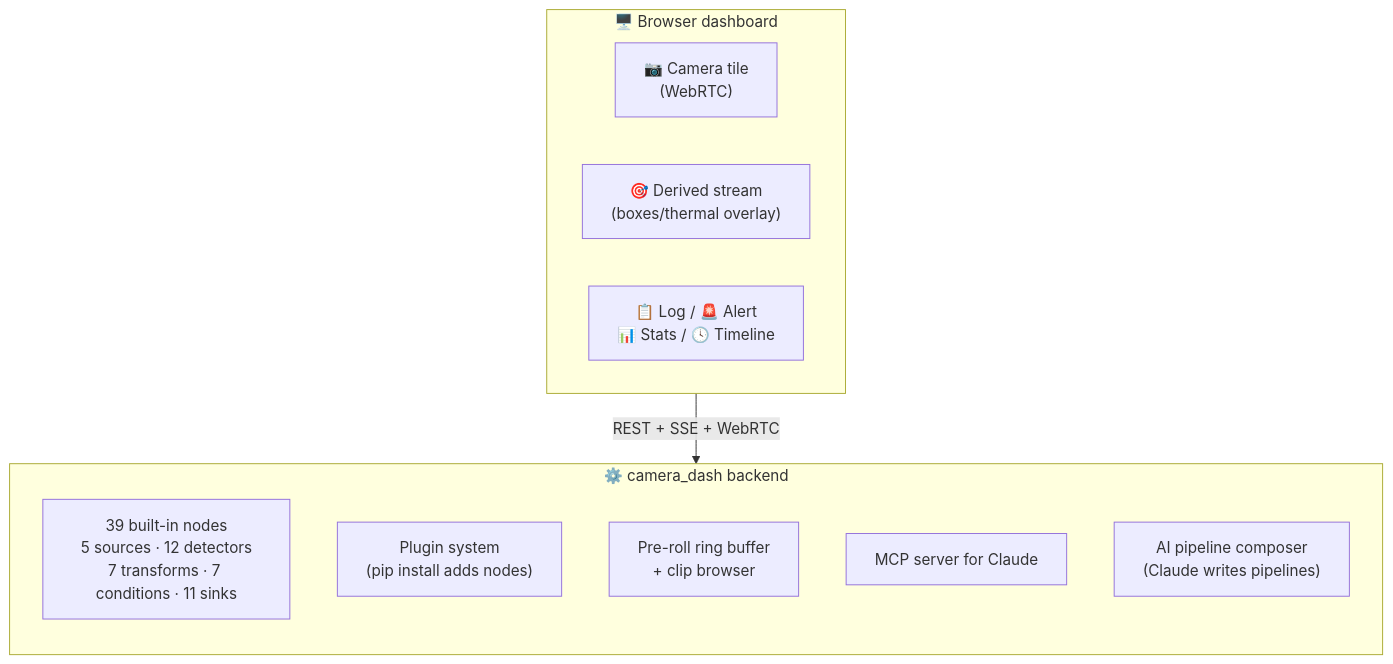
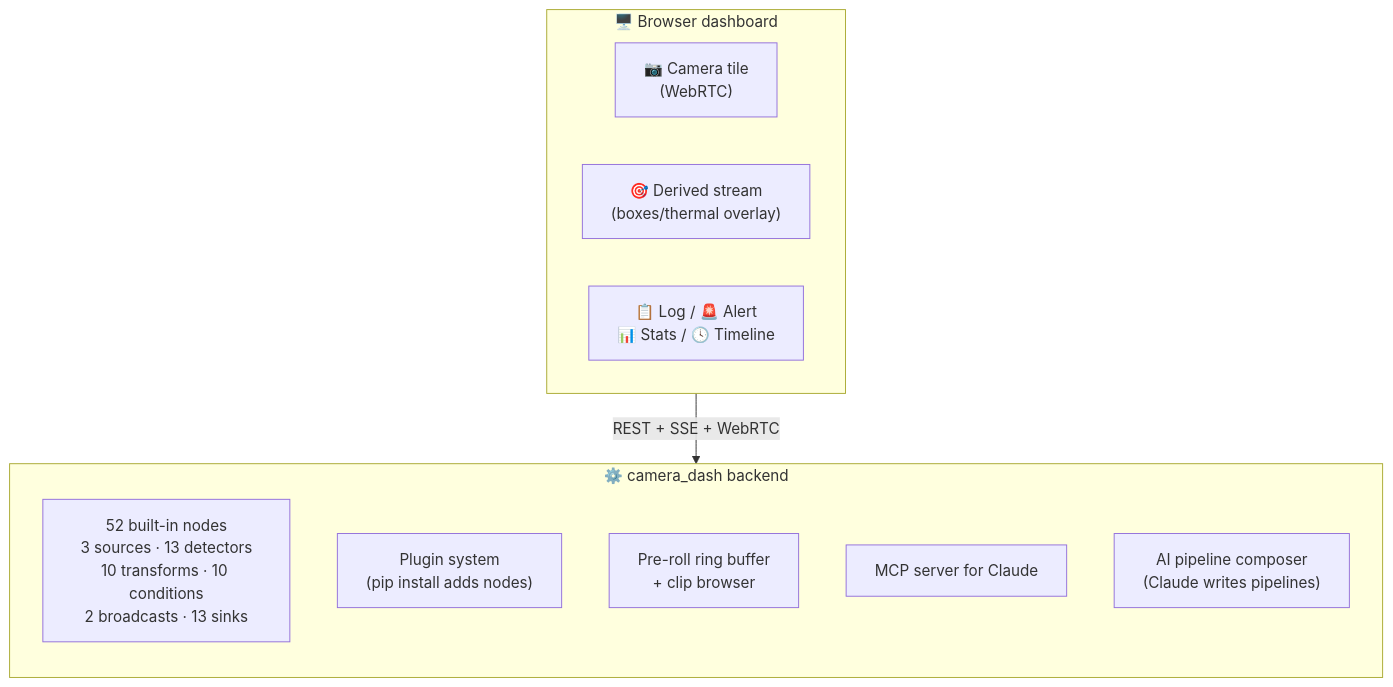
One commit to geekychris/camera_dash_platform changed the diagram in README.md. Above: the diagram before and after it, drawn with Mermaid. The commit also changed other lines of this file and 17 other files, not shown here.

````diff
--- a/README.md
+++ b/README.md
@@ -7,18 +7,18 @@
 ```mermaid
 flowchart TB
     subgraph Browser["🖥️  Browser dashboard"]
         direction LR
         Cam["📷 Camera tile<br/>(WebRTC)"]
         Der["🎯 Derived stream<br/>(boxes/thermal overlay)"]
         Tools["📋 Log / 🚨 Alert<br/>📊 Stats / 🕓 Timeline"]
     end
     subgraph Backend["⚙️  camera_dash backend"]
         direction TB
-        Nodes["39 built-in nodes<br/>5 sources · 12 detectors<br/>7 transforms · 7 conditions · 11 sinks"]
+        Nodes["52 built-in nodes<br/>3 sources · 13 detectors<br/>10 transforms · 10 conditions<br/>2 broadcasts · 13 sinks"]
         Plugin["Plugin system<br/>(pip install adds nodes)"]
         Ring["Pre-roll ring buffer<br/>+ clip browser"]
         MCP["MCP server for Claude"]
         AI["AI pipeline composer<br/>(Claude writes pipelines)"]
     end
     Browser -- "REST + SSE + WebRTC" --> Backend
 ```
````
